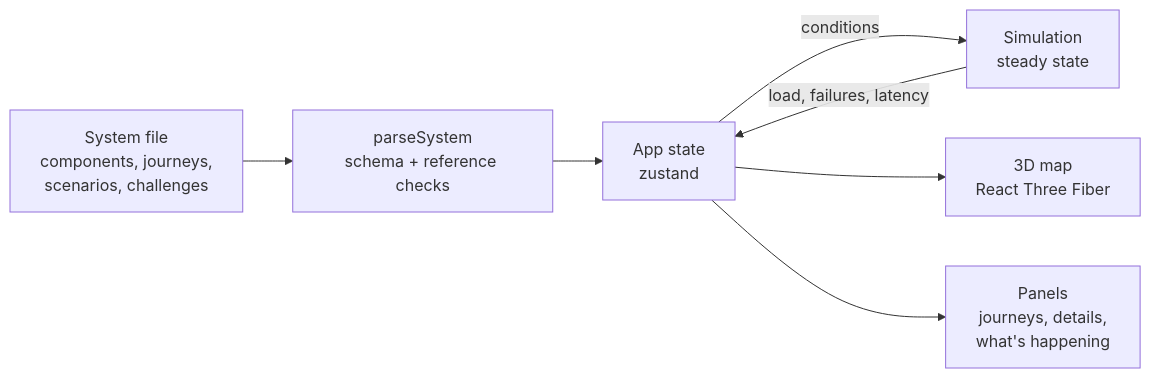
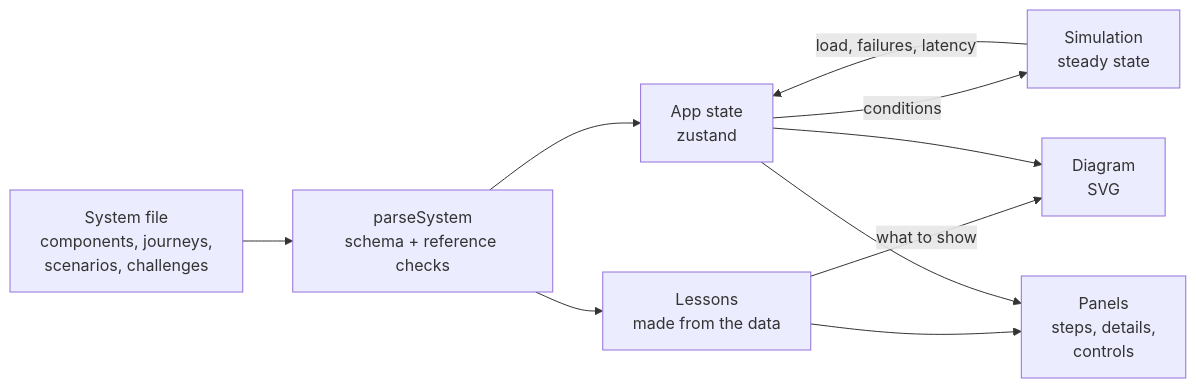
Before and after one commit to iamrs77/systemscape: the diagram in README.md, drawn with Mermaid. The commit also changed other lines of this file and 70 other files, not shown here.

First line of the commit message:
Teach each system step by step, with a cleaner 2D diagram

````diff
--- a/README.md
+++ b/README.md
@@ -30,14 +30,17 @@
 ```mermaid
 flowchart LR
   file["System file<br/>components, journeys,<br/>scenarios, challenges"]
   parse["parseSystem<br/>schema + reference checks"]
+  lessons["Lessons<br/>made from the data"]
   store["App state<br/>zustand"]
   sim["Simulation<br/>steady state"]
-  scene["3D map<br/>React Three Fiber"]
-  panels["Panels<br/>journeys, details,<br/>what's happening"]
+  diagram["Diagram<br/>SVG"]
+  panels["Panels<br/>steps, details,<br/>controls"]
 
   file --> parse --> store
+  parse --> lessons --> panels
+  lessons -- "what to show" --> diagram
   store -- "conditions" --> sim -- "load, failures, latency" --> store
-  store --> scene
+  store --> diagram
   store --> panels
 ```
````
